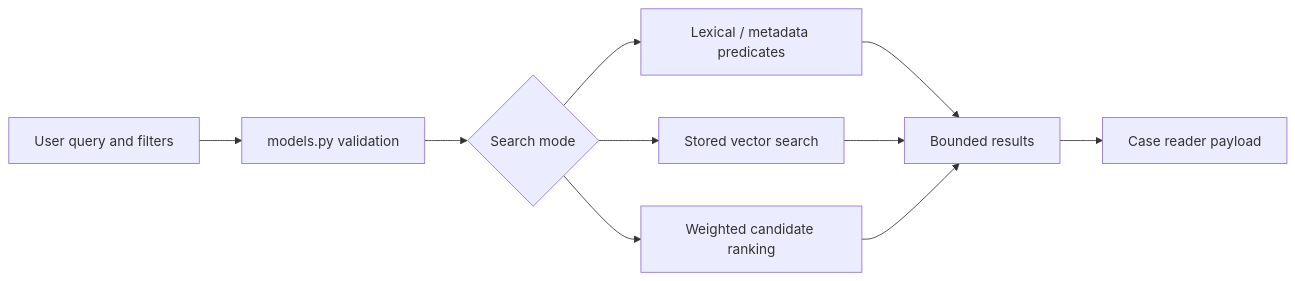
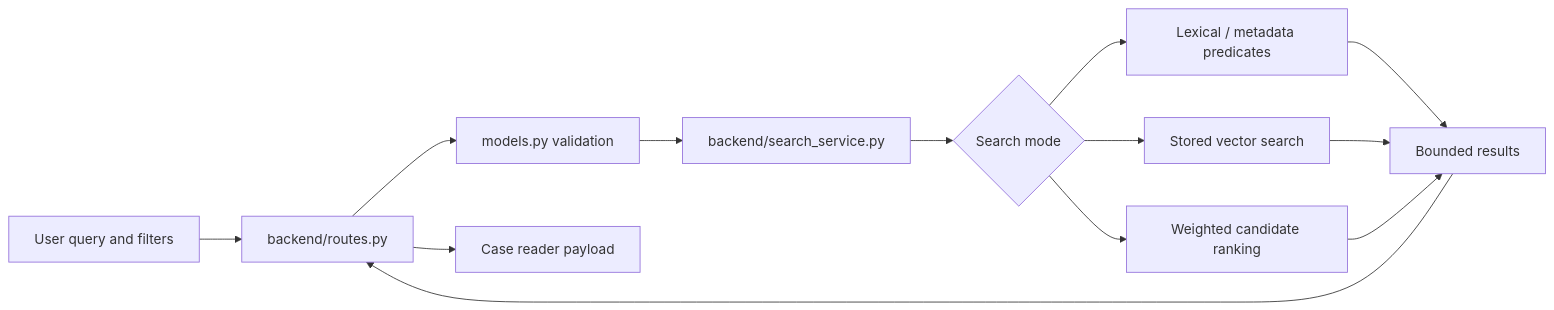
One commit to greystone-dan/LitIntelproject changed the diagram in .swm/5.b49ftjal.sw.md. Above: the diagram before and after it, drawn with Mermaid. The commit also changed other lines of this file and 25 other files, not shown here.

````diff
--- a/.swm/5.b49ftjal.sw.md
+++ b/.swm/5.b49ftjal.sw.md
@@ -13,12 +14,15 @@
 ```mermaid
 flowchart LR
-	Query[User query and filters] --> Contract[models.py validation]
-	Contract --> Mode{Search mode}
+	Query[User query and filters] --> Routes[backend/routes.py]
+	Routes --> Contract[models.py validation]
+	Contract --> Service[backend/search_service.py]
+	Service --> Mode{Search mode}
 	Mode --> Lexical[Lexical / metadata predicates]
 	Mode --> Semantic[Stored vector search]
 	Mode --> Hybrid[Weighted candidate ranking]
 	Lexical --> Results[Bounded results]
 	Semantic --> Results
 	Hybrid --> Results
-	Results --> Reader[Case reader payload]
+	Results --> Routes
+	Routes --> Reader[Case reader payload]
 ```
````
